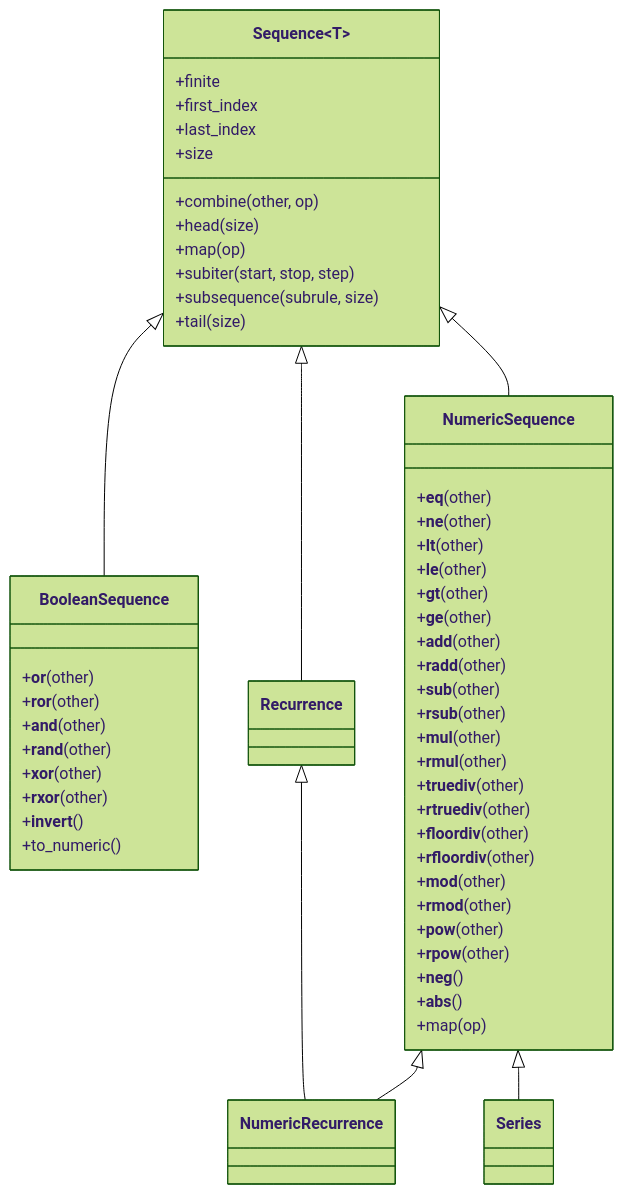
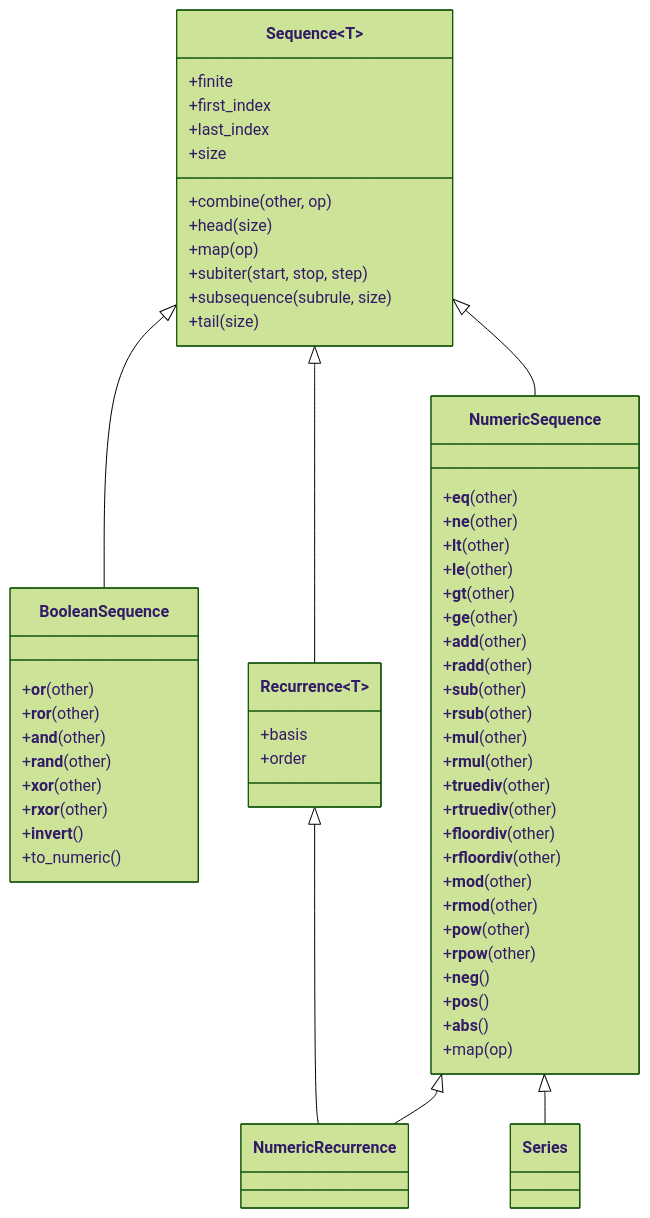
The diagram in docs/ARCHITECTURE.md (avikpln/calculus), drawn with Mermaid (forest theme) before and after one commit.

Commit message:
Fix ARCHITECTURE.md gaps

````diff
--- a/docs/ARCHITECTURE.md
+++ b/docs/ARCHITECTURE.md
@@ -8,68 +8,75 @@
 ```mermaid
 classDiagram
     class Sequence~T~ {
         %% Attributes
         +finite
         +first_index
         +last_index
         +size
 
         %% Methods
         +combine(other, op)
         +head(size)
         +map(op)
         +subiter(start, stop, step)
         +subsequence(subrule, size)
         +tail(size)
     }
 
     class BooleanSequence {
         %% Methods
         +__or__(other)
         +__ror__(other)
         +__and__(other)
         +__rand__(other)
         +__xor__(other)
         +__rxor__(other)
         +__invert__()
         +to_numeric()
     }
 
     class NumericSequence {
         %% Methods
         +__eq__(other)
         +__ne__(other)
         +__lt__(other)
         +__le__(other)
         +__gt__(other)
         +__ge__(other)
         +__add__(other)
         +__radd__(other)
         +__sub__(other)
         +__rsub__(other)
         +__mul__(other)
         +__rmul__(other)
         +__truediv__(other)
         +__rtruediv__(other)
         +__floordiv__(other)
         +__rfloordiv__(other)
         +__mod__(other)
         +__rmod__(other)
         +__pow__(other)
         +__rpow__(other)
         +__neg__()
+        +__pos__()
         +__abs__()
         +map(op)
+    }
+
+    class Recurrence~T~ {
+        %% Attributes
+        +basis
+        +order
     }
 
     Sequence <|-- BooleanSequence
 
     Sequence <|-- NumericSequence
 
     Sequence <|-- Recurrence
 
     NumericSequence <|-- NumericRecurrence
     Recurrence <|-- NumericRecurrence
 
     NumericSequence <|-- Series
 ```
````
